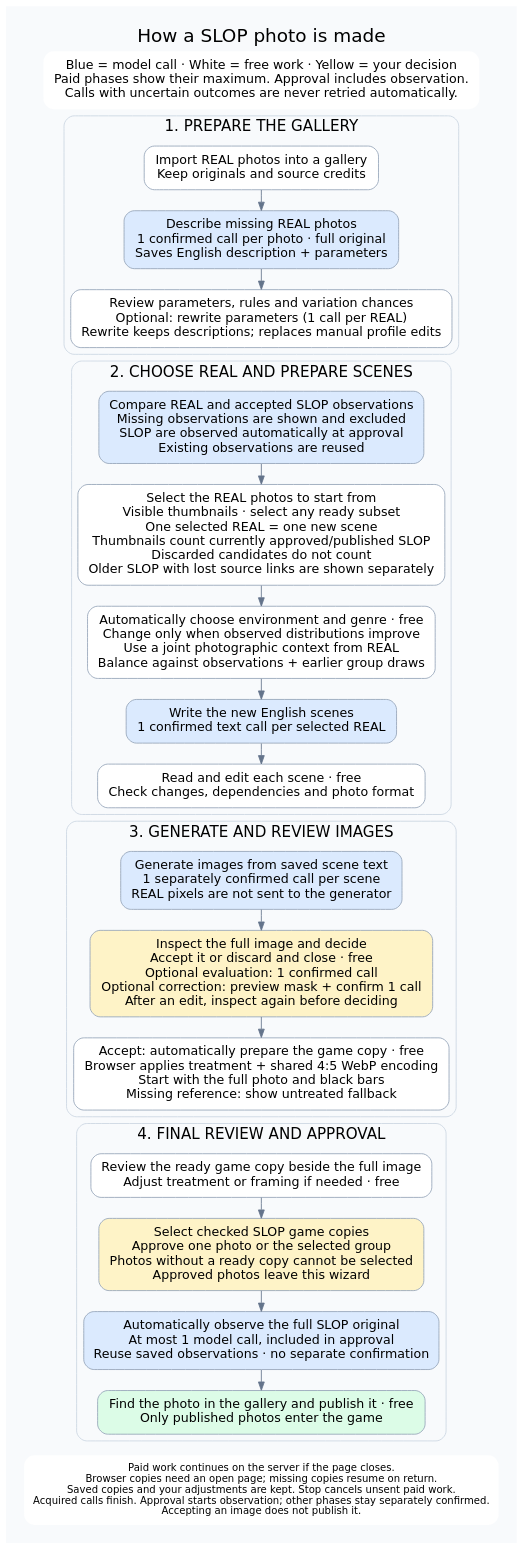
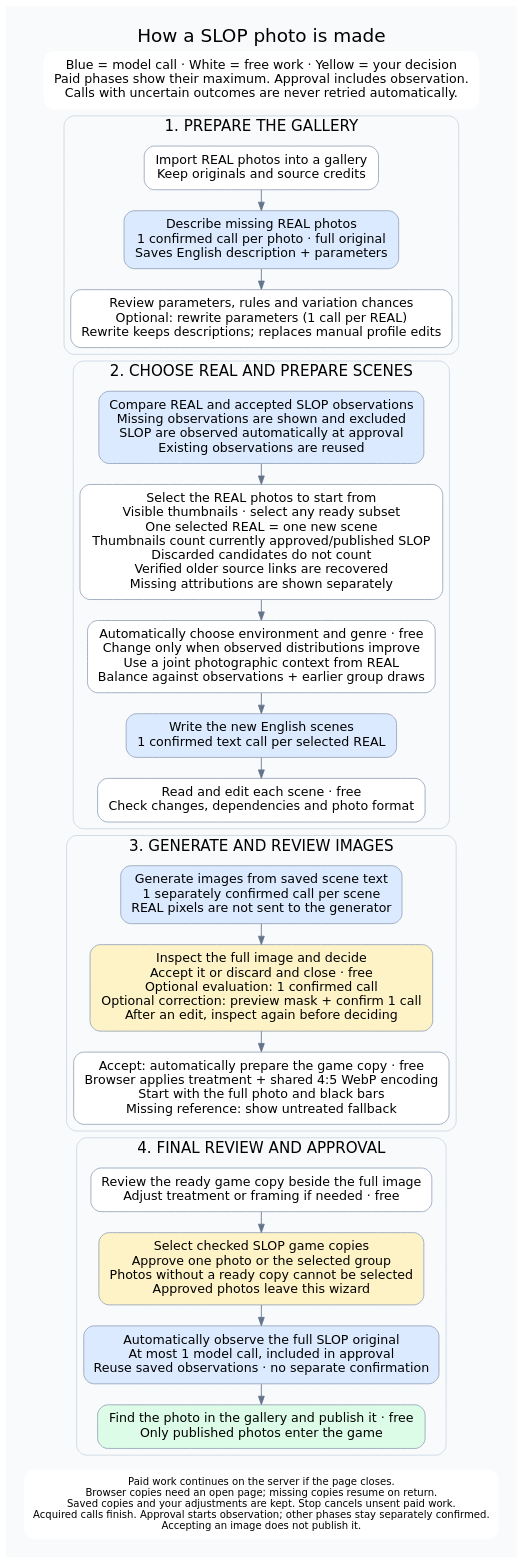
The diagram in docs/assets/pipeline-slop.dot (rickymusu-bit/real-or-slop), drawn with Graphviz before and after one commit. The commit also changed 8 other files, not shown here.

Commit message:
Recover ten reviewed historical SLOP source associations

```diff
--- a/docs/assets/pipeline-slop.dot
+++ b/docs/assets/pipeline-slop.dot
@@ -1,40 +1,40 @@
 digraph pipeline {
  graph [rankdir=TB,bgcolor="#f8fafc",pad="0.3",nodesep="0.3",ranksep="0.35",fontname="DejaVu Sans",fontsize=22,label="How a SLOP photo is made",labelloc=t,compound=true];
  node [shape=box,style="rounded,filled",fillcolor=white,color="#94a3b8",fontname="DejaVu Sans",fontsize=15,margin="0.18,0.12"];
  edge [color="#64748b",fontname="DejaVu Sans",fontsize=12];
  legend [shape=plaintext,label="Blue = model call · White = free work · Yellow = your decision\nPaid phases show their maximum. Approval includes observation.\nCalls with uncertain outcomes are never retried automatically."];
  subgraph cluster_prepare {
   label="1. PREPARE THE GALLERY"; color="#cbd5e1"; style=rounded; fontsize=18;
   real [label="Import REAL photos into a gallery\nKeep originals and source credits"];
   describe [label="Describe missing REAL photos\n1 confirmed call per photo · full original\nSaves English description + parameters",fillcolor="#dbeafe"];
   settings [label="Review parameters, rules and variation chances\nOptional: rewrite parameters (1 call per REAL)\nRewrite keeps descriptions; replaces manual profile edits"];
   real -> describe -> settings;
  }
  subgraph cluster_choose {
   label="2. CHOOSE REAL AND PREPARE SCENES";color="#cbd5e1";style=rounded;fontsize=18;
-  choose [label="Select the REAL photos to start from\nVisible thumbnails · select any ready subset\nOne selected REAL = one new scene\nThumbnails count currently approved/published SLOP\nDiscarded candidates do not count\nOlder SLOP with lost source links are shown separately"];
+  choose [label="Select the REAL photos to start from\nVisible thumbnails · select any ready subset\nOne selected REAL = one new scene\nThumbnails count currently approved/published SLOP\nDiscarded candidates do not count\nVerified older source links are recovered\nMissing attributions are shown separately"];
   coverage [label="Compare REAL and accepted SLOP observations\nMissing observations are shown and excluded\nSLOP are observed automatically at approval\nExisting observations are reused",fillcolor="#dbeafe"];
   draw [label="Automatically choose environment and genre · free\nChange only when observed distributions improve\nUse a joint photographic context from REAL\nBalance against observations + earlier group draws"];
   scene [label="Write the new English scenes\n1 confirmed text call per selected REAL",fillcolor="#dbeafe"];
   review [label="Read and edit each scene · free\nCheck changes, dependencies and photo format"];
   coverage -> choose -> draw -> scene -> review;
  }
  subgraph cluster_images {
   label="3. GENERATE AND REVIEW IMAGES";color="#cbd5e1";style=rounded;fontsize=18;
   generate [label="Generate images from saved scene text\n1 separately confirmed call per scene\nREAL pixels are not sent to the generator",fillcolor="#dbeafe"];
   inspect [label="Inspect the full image and decide\nAccept it or discard and close · free\nOptional evaluation: 1 confirmed call\nOptional correction: preview mask + confirm 1 call\nAfter an edit, inspect again before deciding",fillcolor="#fef3c7"];
   copy [label="Accept: automatically prepare the game copy · free\nBrowser applies treatment + shared 4:5 WebP encoding\nStart with the full photo and black bars\nMissing reference: show untreated fallback"] ;
   generate -> inspect -> copy;
 
  }
  subgraph cluster_finish {
   label="4. FINAL REVIEW AND APPROVAL";color="#cbd5e1";style=rounded;fontsize=18;
   final_review [label="Review the ready game copy beside the full image\nAdjust treatment or framing if needed · free"];
   approve [label="Select checked SLOP game copies\nApprove one photo or the selected group\nPhotos without a ready copy cannot be selected\nApproved photos leave this wizard",fillcolor="#fef3c7"];
   observe [label="Automatically observe the full SLOP original\nAt most 1 model call, included in approval\nReuse saved observations · no separate confirmation",fillcolor="#dbeafe"];
   publish [label="Find the photo in the gallery and publish it · free\nOnly published photos enter the game",fillcolor="#dcfce7"];
   final_review -> approve -> observe -> publish;
  }
  notes [shape=plaintext,fontsize=12,label="Paid work continues on the server if the page closes.\nBrowser copies need an open page; missing copies resume on return.\nSaved copies and your adjustments are kept. Stop cancels unsent paid work.\nAcquired calls finish. Approval starts observation; other phases stay separately confirmed.\nAccepting an image does not publish it."];
  legend -> real [style=invis];settings -> coverage [style=invis];review -> generate [style=invis];copy -> final_review [style=invis];publish -> notes [style=invis];
 }
```
